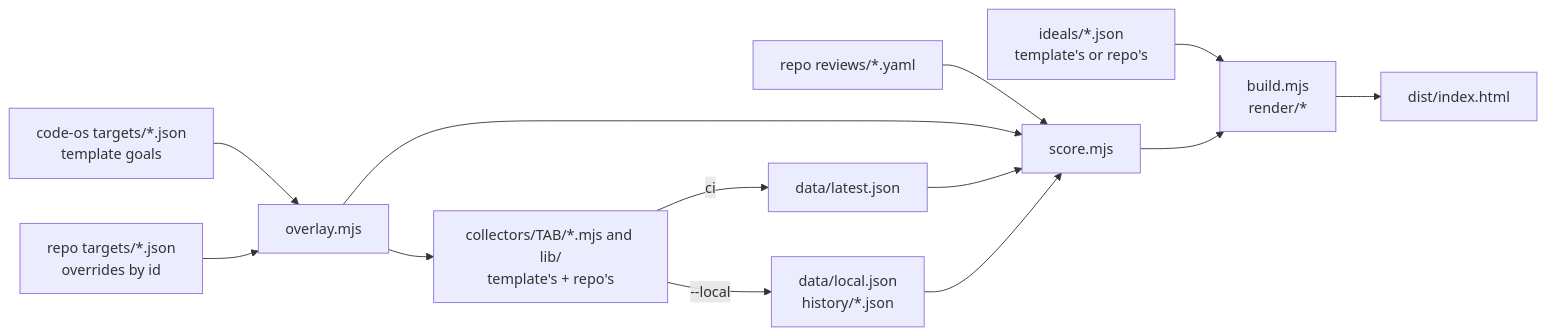
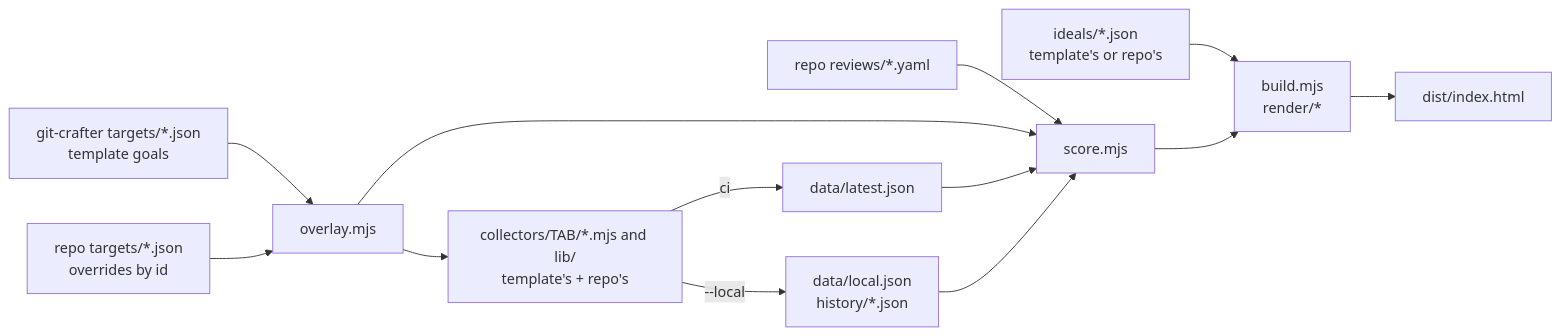
One commit to SoulCraft-Org/git-crafter changed the diagram in quality/README.md. Above: the diagram before and after it, drawn with Mermaid. The commit also changed other lines of this file and 9 other files, not shown here.

````diff
--- a/quality/README.md
+++ b/quality/README.md
@@ -13,14 +13,14 @@
 ```mermaid
 flowchart LR
-  T[code-os targets/*.json<br/>template goals] --> O
+  T[git-crafter targets/*.json<br/>template goals] --> O
   RT[repo targets/*.json<br/>overrides by id] --> O[overlay.mjs]
   O --> C["collectors/TAB/*.mjs and lib/<br/>template's + repo's"]
   C -->|ci| L[data/latest.json]
   C -->|--local| P[data/local.json<br/>history/*.json]
   I[ideals/*.json<br/>template's or repo's] --> B
   R[repo reviews/*.yaml] --> S
   O --> S[score.mjs]
   L --> S
   P --> S
   S --> B[build.mjs<br/>render/*] --> D[dist/index.html]
 ```
````
